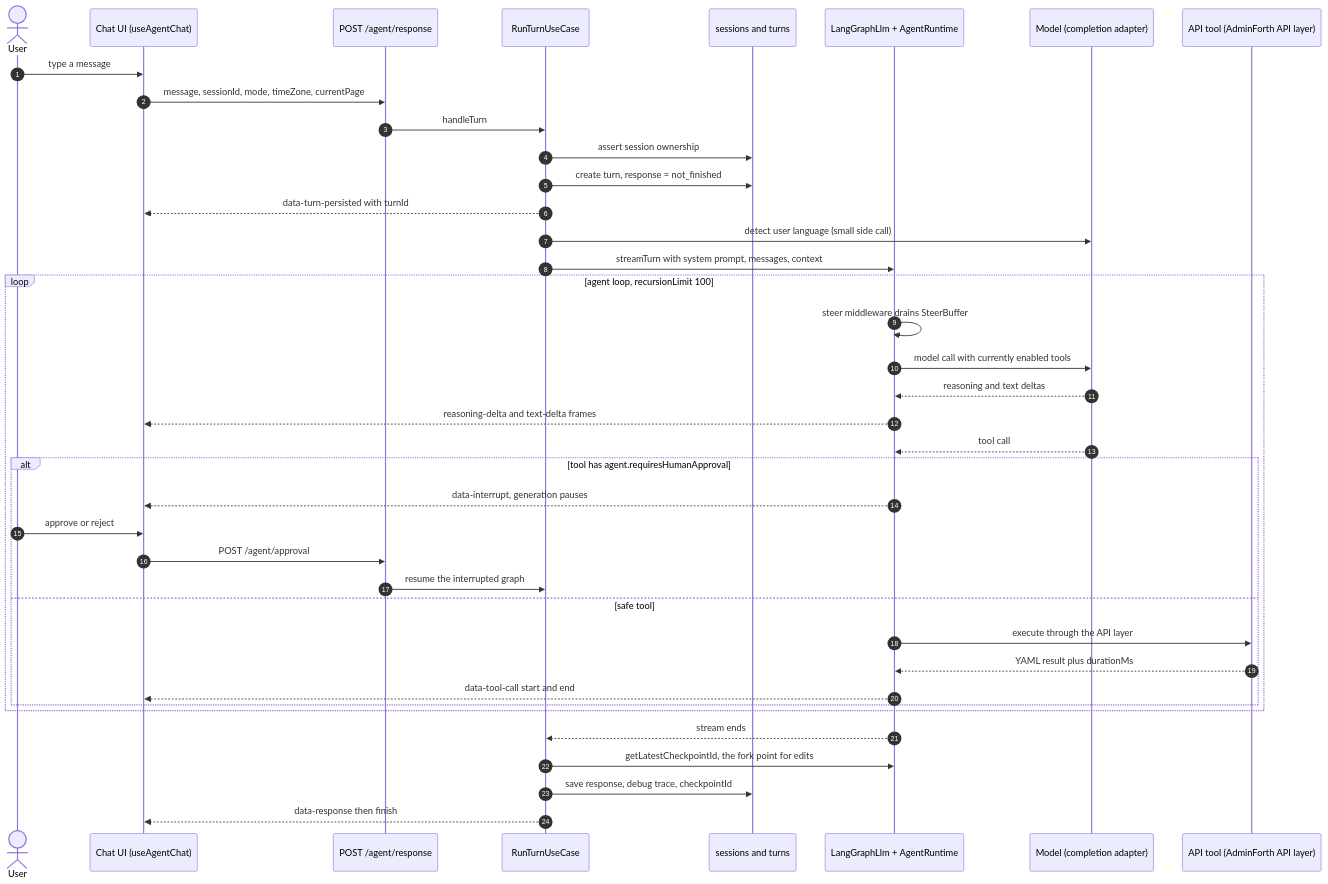
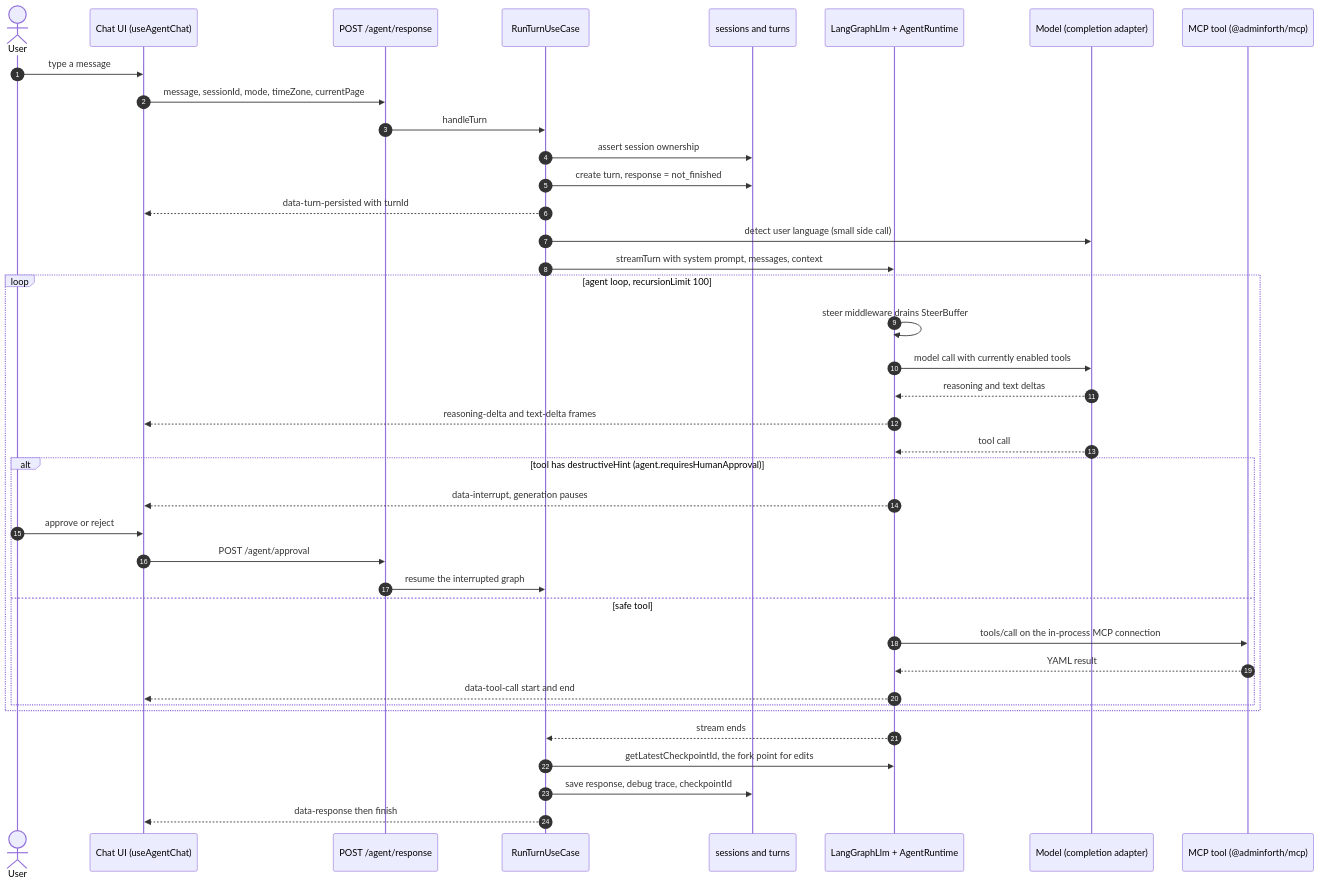
One commit to devforth/adminforth-agent changed the second of 3 diagrams in README.md. Above: the diagram before and after it, drawn with Mermaid. The commit also changed other lines of this file and 29 other files, not shown here.

Commit message:
feat: agent works through the tools and skills of the in-process MCP server instead of its own API tools

````diff
--- a/README.md
+++ b/README.md
@@ -91,44 +98,44 @@
 ```mermaid
 sequenceDiagram
     autonumber
     actor U as User
     participant UI as Chat UI (useAgentChat)
     participant EP as POST /agent/response
     participant UC as RunTurnUseCase
     participant DB as sessions and turns
     participant LLM as LangGraphLlm + AgentRuntime
     participant M as Model (completion adapter)
-    participant T as API tool (AdminForth API layer)
+    participant T as MCP tool (@adminforth/mcp)
 
     U->>UI: type a message
     UI->>EP: message, sessionId, mode, timeZone, currentPage
     EP->>UC: handleTurn
     UC->>DB: assert session ownership
     UC->>DB: create turn, response = not_finished
     UC-->>UI: data-turn-persisted with turnId
     UC->>M: detect user language (small side call)
     UC->>LLM: streamTurn with system prompt, messages, context
 
     loop agent loop, recursionLimit 100
         LLM->>LLM: steer middleware drains SteerBuffer
         LLM->>M: model call with currently enabled tools
         M-->>LLM: reasoning and text deltas
         LLM-->>UI: reasoning-delta and text-delta frames
         M-->>LLM: tool call
-        alt tool has agent.requiresHumanApproval
+        alt tool has destructiveHint (agent.requiresHumanApproval)
             LLM-->>UI: data-interrupt, generation pauses
             U->>UI: approve or reject
             UI->>EP: POST /agent/approval
             EP->>UC: resume the interrupted graph
         else safe tool
-            LLM->>T: execute through the API layer
-            T-->>LLM: YAML result plus durationMs
+            LLM->>T: tools/call on the in-process MCP connection
+            T-->>LLM: YAML result
             LLM-->>UI: data-tool-call start and end
         end
     end
 
     LLM-->>UC: stream ends
     UC->>LLM: getLatestCheckpointId, the fork point for edits
     UC->>DB: save response, debug trace, checkpointId
     UC-->>UI: data-response then finish
 ```
````
